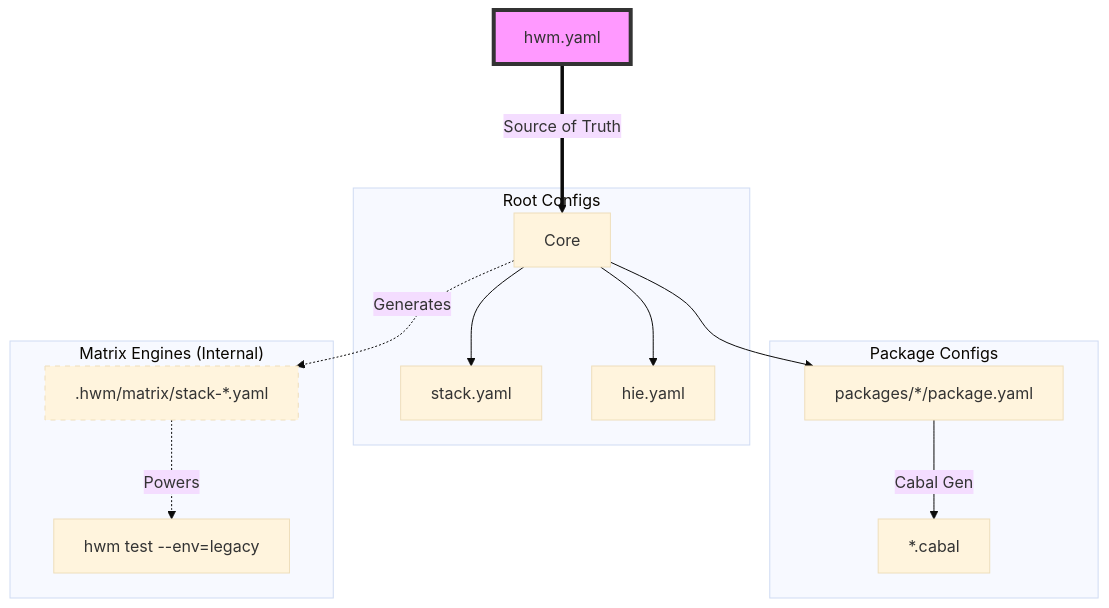
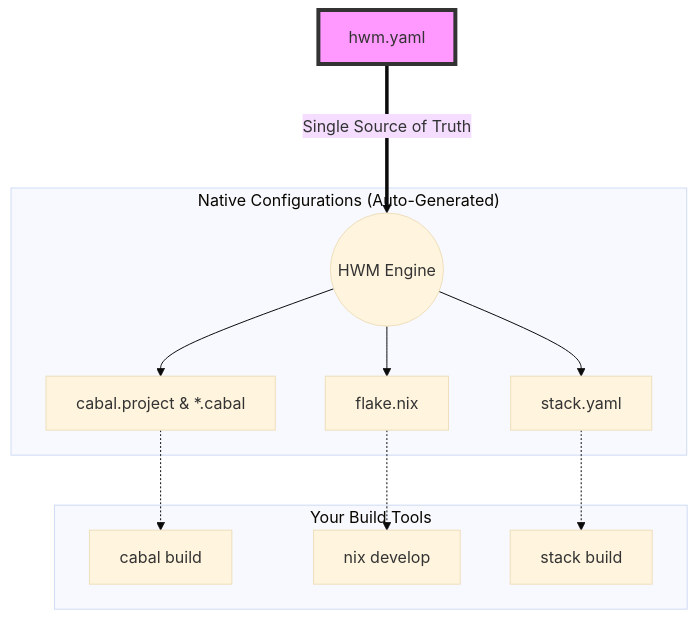
The diagram in README.md (nalchevanidze/hwm), drawn with Mermaid (base theme) before and after one commit. The commit also changed other lines of this file and 27 other files, not shown here.

First line of the commit message:
Agnostic schema (#27)

````diff
--- a/README.md
+++ b/README.md
@@ -51,23 +31,19 @@
 ```mermaid
 graph TD
-    HWM[hwm.yaml] ===>|Source of Truth| Core
+    HWM[hwm.yaml] ===>|Single Source of Truth| Engine((HWM Engine))
 
-    subgraph "Root Configs"
-    Core --> Stack[stack.yaml]
-    Core --> HIE[hie.yaml]
+    subgraph "Native Configurations (Auto-Generated)"
+    Engine --> Cabal[cabal.project & *.cabal]
+    Engine --> Nix[flake.nix]
+    Engine --> Stack[stack.yaml]
     end
 
-    subgraph "Package Configs"
-    Core --> Pkg[packages/*/package.yaml]
-    Pkg -->|Cabal Gen| Cabal[*.cabal]
-    end
-
-    subgraph "Matrix Engines (Internal)"
-    Core -.->|Generates| Matrix[".hwm/matrix/stack-*.yaml"]
-    Matrix -.->|Powers| Run["hwm test --env=legacy"]
+    subgraph "Your Build Tools"
+    Cabal -.-> RunCabal[cabal build]
+    Nix -.-> RunNix[nix develop]
+    Stack -.-> RunStack[stack build]
     end
 
     style HWM fill:#f9f,stroke:#333,stroke-width:4px
-    style Matrix stroke-dasharray: 5 5
 
 ```
````
